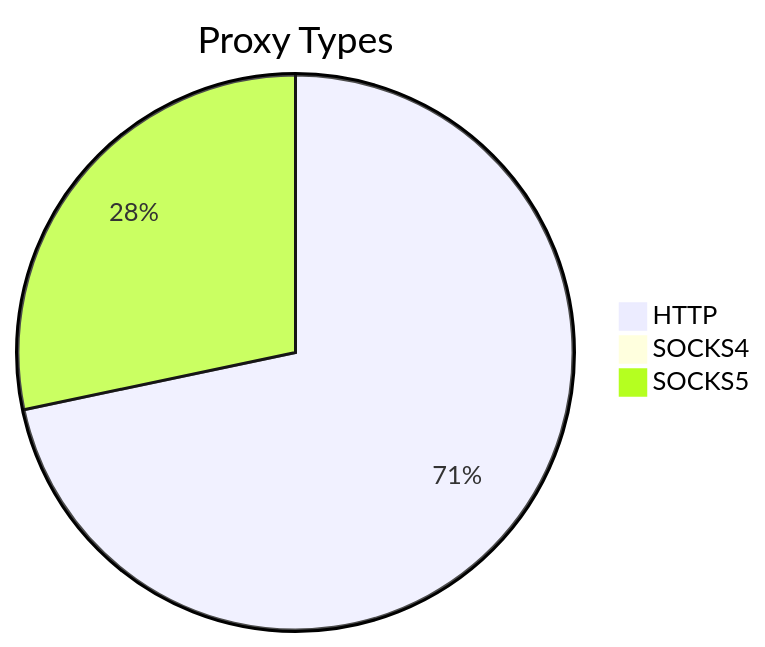
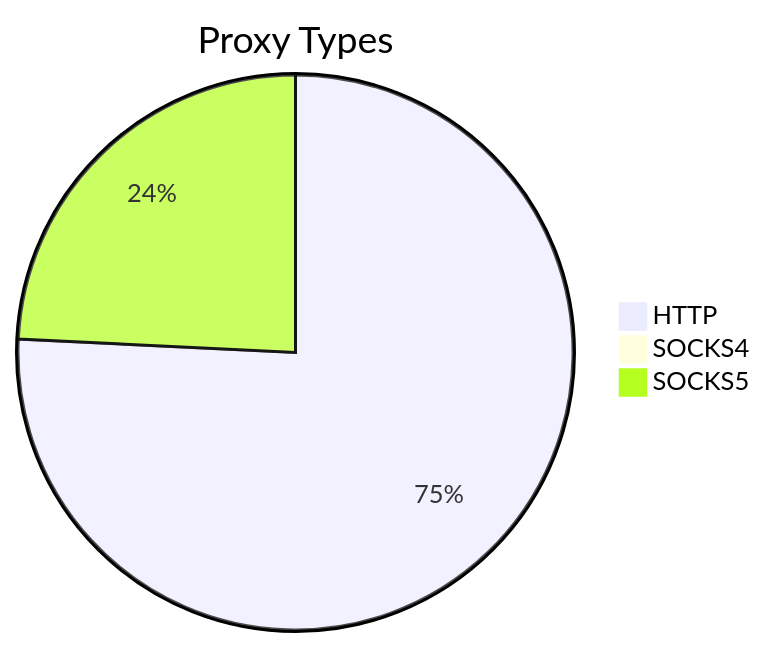
The first of 2 diagrams in README.md (stormsia/proxy-list), drawn with Mermaid before and after one commit. The commit also changed other lines of this file, not shown here.

````diff
--- a/README.md
+++ b/README.md
@@ -21,6 +21,6 @@
 ```mermaid
 pie title Proxy Types
-    "HTTP" : 1517
-    "SOCKS4" : 17
-    "SOCKS5" : 599
+    "HTTP" : 1026
+    "SOCKS4" : 12
+    "SOCKS5" : 328
 ```
````
